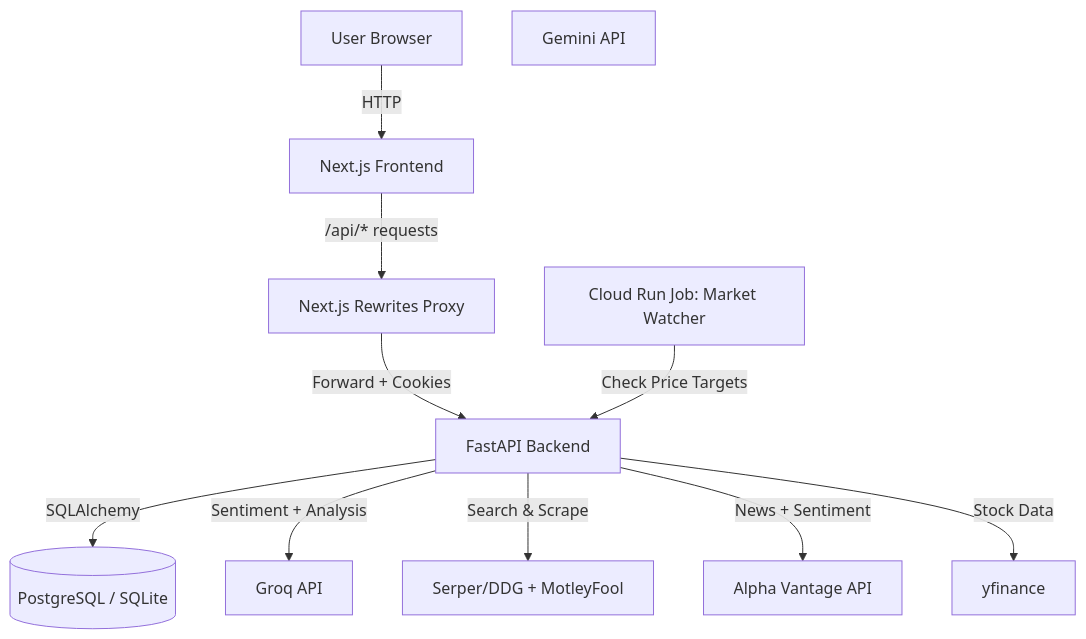
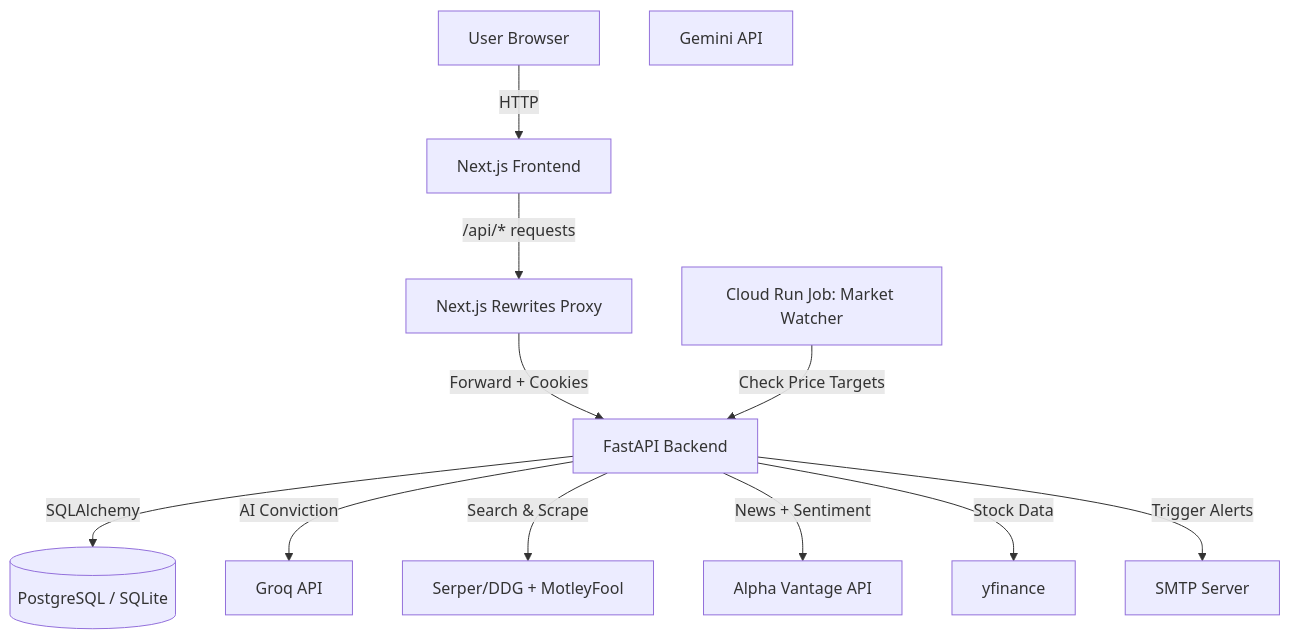
The diagram in docs/ARCHITECTURE.md (vinayakm-93/vinsight), drawn with Mermaid before and after one commit. The commit also changed other lines of this file and 16 other files, not shown here.

````diff
--- a/docs/ARCHITECTURE.md
+++ b/docs/ARCHITECTURE.md
@@ -7,23 +7,25 @@
 ```mermaid
 graph TD
     User[User Browser]
     FE[Next.js Frontend]
     Proxy[Next.js Rewrites Proxy]
     BE[FastAPI Backend]
     DB[(PostgreSQL / SQLite)]
     AI1[Groq API]
     AI2[Gemini API]
     AV[Alpha Vantage API]
     Data[yfinance]
+    Mail[SMTP Server]
     Worker[Cloud Run Job: Market Watcher]
 
     User -->|HTTP| FE
     FE -->|/api/* requests| Proxy
     Proxy -->|Forward + Cookies| BE
     BE -->|SQLAlchemy| DB
-    BE -->|Sentiment + Analysis| AI1
+    BE -->|AI Conviction| AI1
     BE -->|Search & Scrape| Web[Serper/DDG + MotleyFool]
     BE -->|News + Sentiment| AV
     BE -->|Stock Data| Data
+    BE -->|Trigger Alerts| Mail
     Worker -->|Check Price Targets| BE
 ```
````
